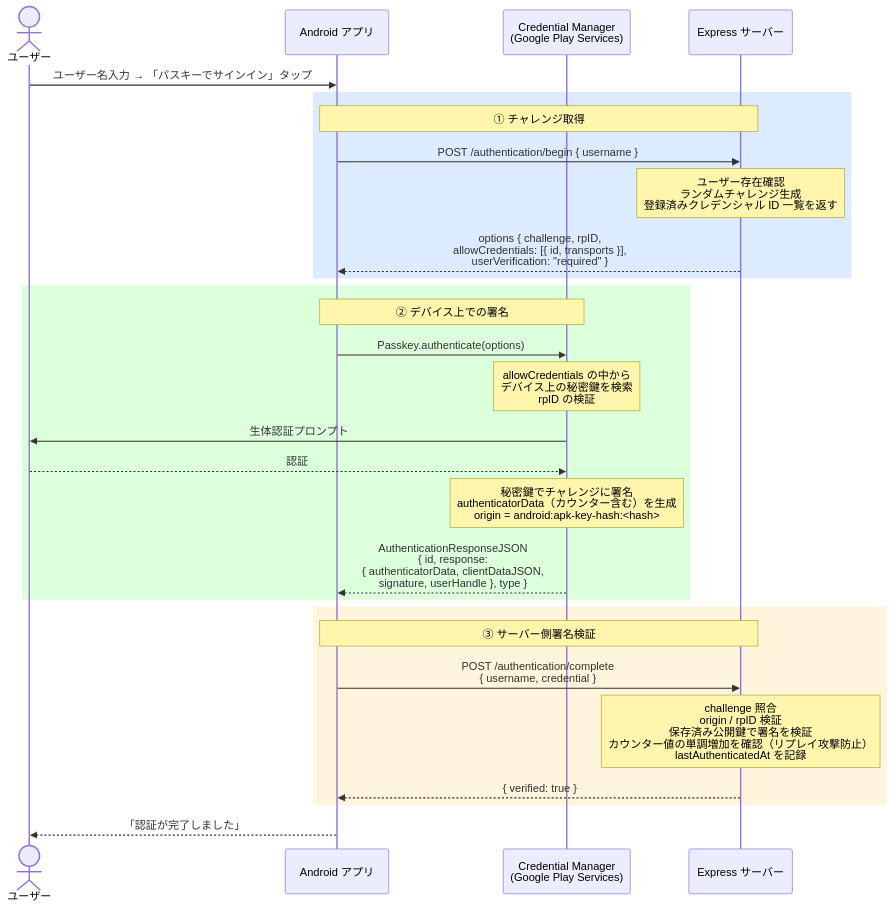
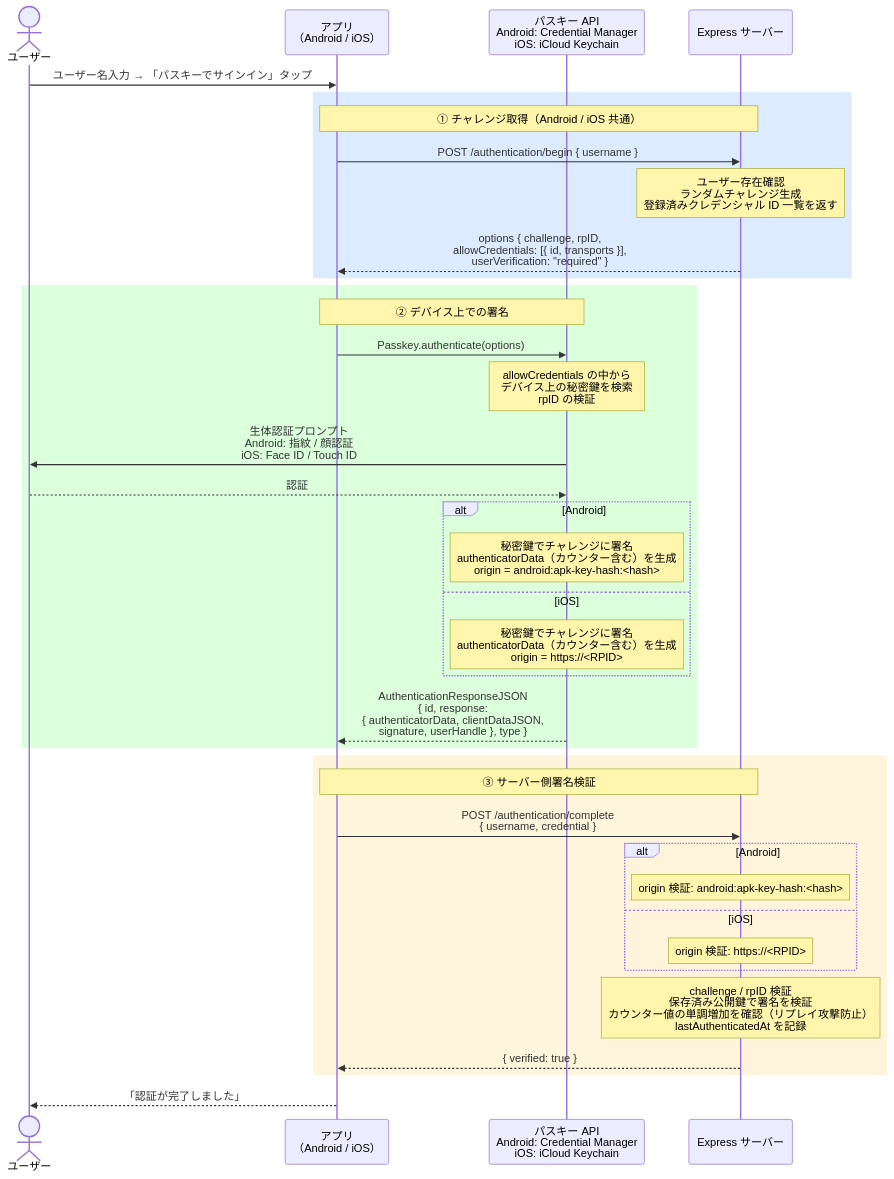
The third of 6 diagrams in README.md (taka1226s/passkey-poc), drawn with Mermaid before and after one commit. The commit also changed other lines of this file, not shown here.

First line of the commit message:
シーケンス図と処理概要に iOS の差異を追記

````diff
--- a/README.md
+++ b/README.md
@@ -292,35 +321,44 @@
 ```mermaid
 sequenceDiagram
     actor User as ユーザー
-    participant App as Android アプリ
-    participant CM as Credential Manager<br/>(Google Play Services)
+    participant App as アプリ<br/>（Android / iOS）
+    participant CM as パスキー API<br/>Android: Credential Manager<br/>iOS: iCloud Keychain
     participant Server as Express サーバー
 
     User->>App: ユーザー名入力 → 「パスキーでサインイン」タップ
 
     rect rgb(220, 235, 255)
-        Note over App,Server: ① チャレンジ取得
+        Note over App,Server: ① チャレンジ取得（Android / iOS 共通）
         App->>Server: POST /authentication/begin { username }
         Note over Server: ユーザー存在確認<br/>ランダムチャレンジ生成<br/>登録済みクレデンシャル ID 一覧を返す
         Server-->>App: options { challenge, rpID,<br/>allowCredentials: [{ id, transports }],<br/>userVerification: "required" }
     end
 
     rect rgb(220, 255, 220)
         Note over App,CM: ② デバイス上での署名
         App->>CM: Passkey.authenticate(options)
         Note over CM: allowCredentials の中から<br/>デバイス上の秘密鍵を検索<br/>rpID の検証
-        CM->>User: 生体認証プロンプト
+        CM->>User: 生体認証プロンプト<br/>Android: 指紋 / 顔認証<br/>iOS: Face ID / Touch ID
         User-->>CM: 認証
-        Note over CM: 秘密鍵でチャレンジに署名<br/>authenticatorData（カウンター含む）を生成<br/>origin = android:apk-key-hash:<hash>
+        alt Android
+            Note over CM: 秘密鍵でチャレンジに署名<br/>authenticatorData（カウンター含む）を生成<br/>origin = android:apk-key-hash:<hash>
+        else iOS
+            Note over CM: 秘密鍵でチャレンジに署名<br/>authenticatorData（カウンター含む）を生成<br/>origin = https://<RPID>
+        end
         CM-->>App: AuthenticationResponseJSON<br/>{ id, response:<br/>{ authenticatorData, clientDataJSON,<br/>  signature, userHandle }, type }
     end
 
     rect rgb(255, 245, 220)
         Note over App,Server: ③ サーバー側署名検証
         App->>Server: POST /authentication/complete<br/>{ username, credential }
-        Note over Server: challenge 照合<br/>origin / rpID 検証<br/>保存済み公開鍵で署名を検証<br/>カウンター値の単調増加を確認（リプレイ攻撃防止）<br/>lastAuthenticatedAt を記録
+        alt Android
+            Note over Server: origin 検証: android:apk-key-hash:<hash>
+        else iOS
+            Note over Server: origin 検証: https://<RPID>
+        end
+        Note over Server: challenge / rpID 検証<br/>保存済み公開鍵で署名を検証<br/>カウンター値の単調増加を確認（リプレイ攻撃防止）<br/>lastAuthenticatedAt を記録
         Server-->>App: { verified: true }
     end
 
     App-->>User: 「認証が完了しました」
 ```
````
